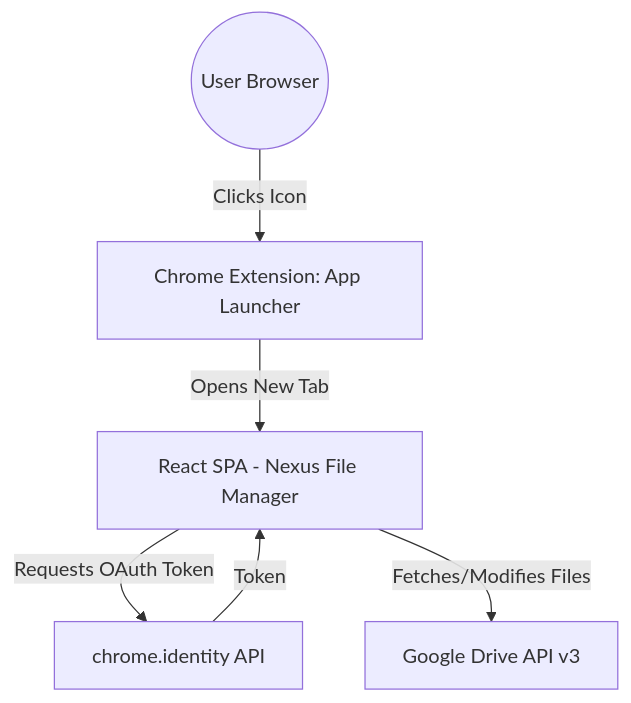
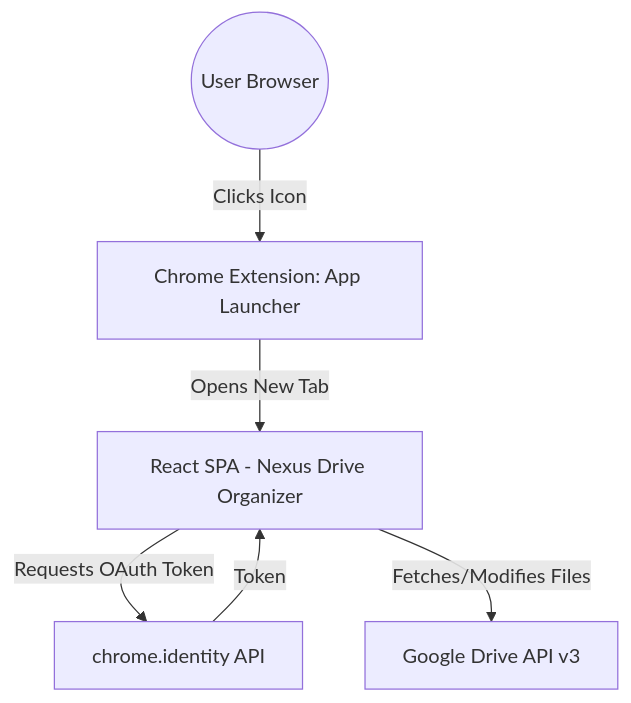
One commit to kayecristine/drive-organizer changed the diagram in README.md. Above: the diagram before and after it, drawn with Mermaid. The commit also changed other lines of this file and 10 other files, not shown here.

Commit message:
chore: standardize application name to 'Nexus Drive Organizer' across codebase and docs

````diff
--- a/README.md
+++ b/README.md
@@ -11,14 +11,14 @@
 ```mermaid
 flowchart TD
     User((User Browser))
     Extension[Chrome Extension: App Launcher]
-    ViteApp[React SPA - Nexus File Manager]
+    ViteApp[React SPA - Nexus Drive Organizer]
     ChromeIdentity[chrome.identity API]
     GoogleDrive[Google Drive API v3]
 
     User -->|Clicks Icon| Extension
     Extension -->|Opens New Tab| ViteApp
     ViteApp -->|Requests OAuth Token| ChromeIdentity
     ChromeIdentity -->|Token| ViteApp
     ViteApp -->|Fetches/Modifies Files| GoogleDrive
 ```
````
